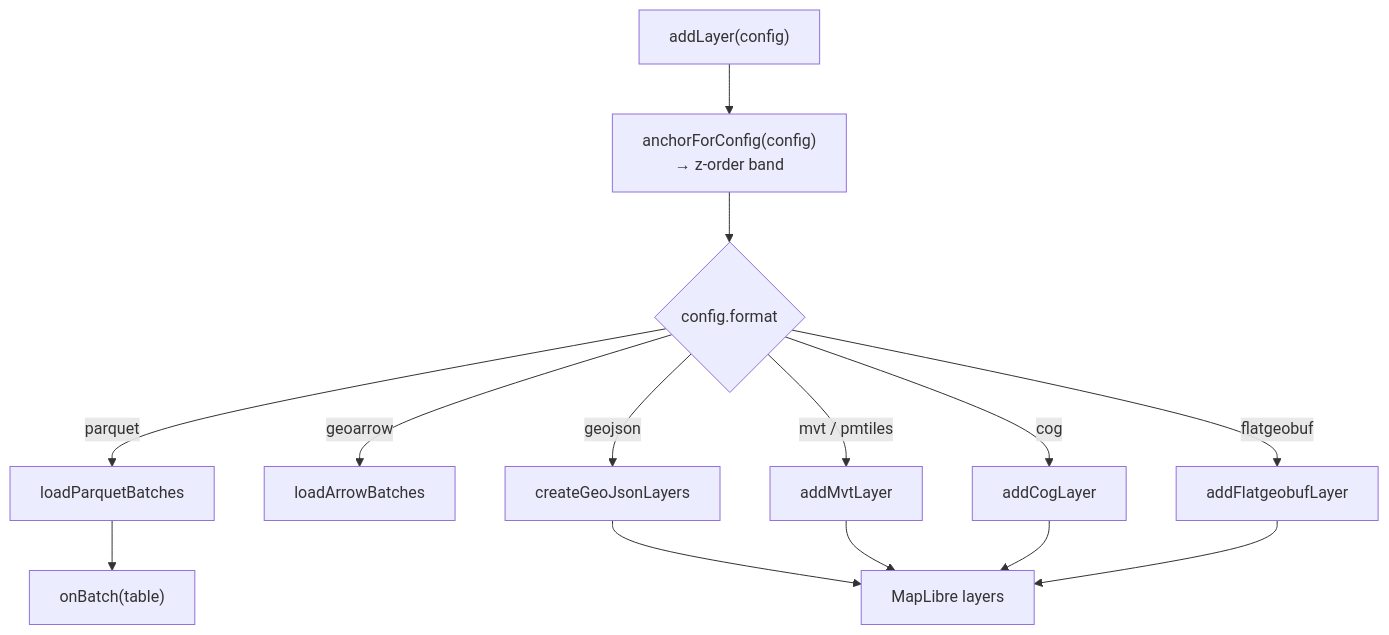
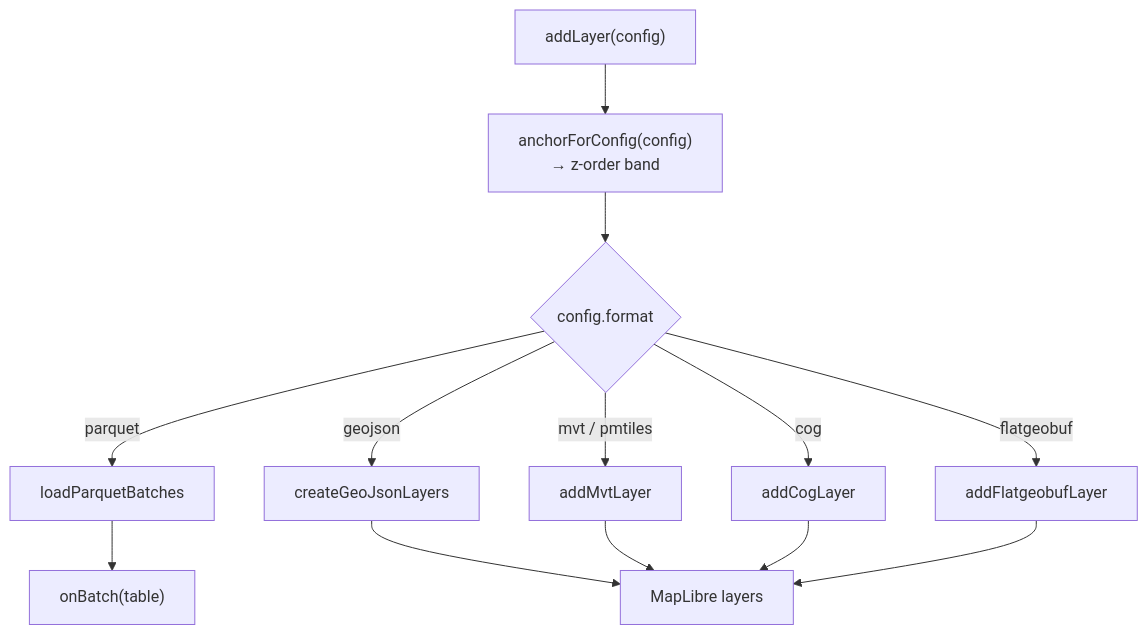
Before and after one commit to ObjectVision/DeRondeKaart: the third of 4 diagrams in docs/system-design.md, drawn with Mermaid. The commit also changed other lines of this file, not shown here.

````diff
--- a/docs/system-design.md
+++ b/docs/system-design.md
@@ -460,19 +490,18 @@
 ```mermaid
 flowchart TD
     start["addLayer(config)"] --> anchor["anchorForConfig(config)<br/>→ z-order band"]
     anchor --> fmt{"config.format"}
 
     fmt -->|parquet| pq["loadParquetBatches"]
-    fmt -->|geoarrow| ar["loadArrowBatches"]
     fmt -->|geojson| gj["createGeoJsonLayers"]
     fmt -->|"mvt / pmtiles"| mvt["addMvtLayer"]
     fmt -->|cog| cog["addCogLayer"]
     fmt -->|flatgeobuf| fgb["addFlatgeobufLayer"]
 
     pq --> onbatch["onBatch(table)"]
     gj --> mlout
 
     mvt --> mlout["MapLibre layers"]
     cog --> mlout
     fgb --> mlout
 ```
````
